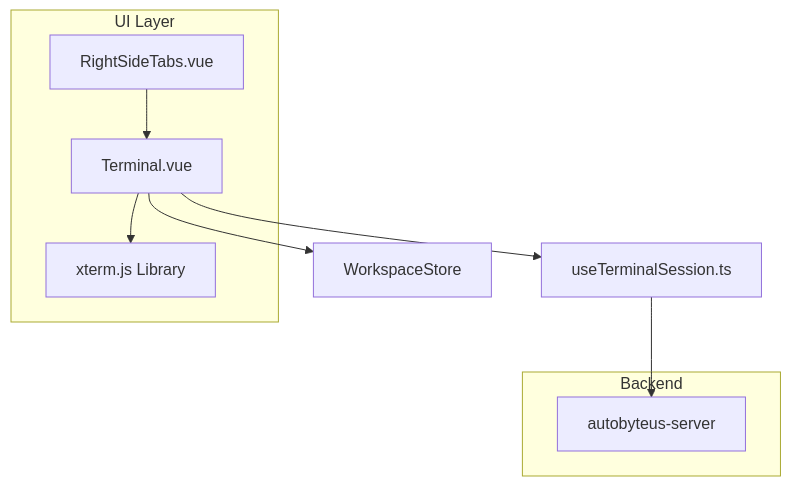
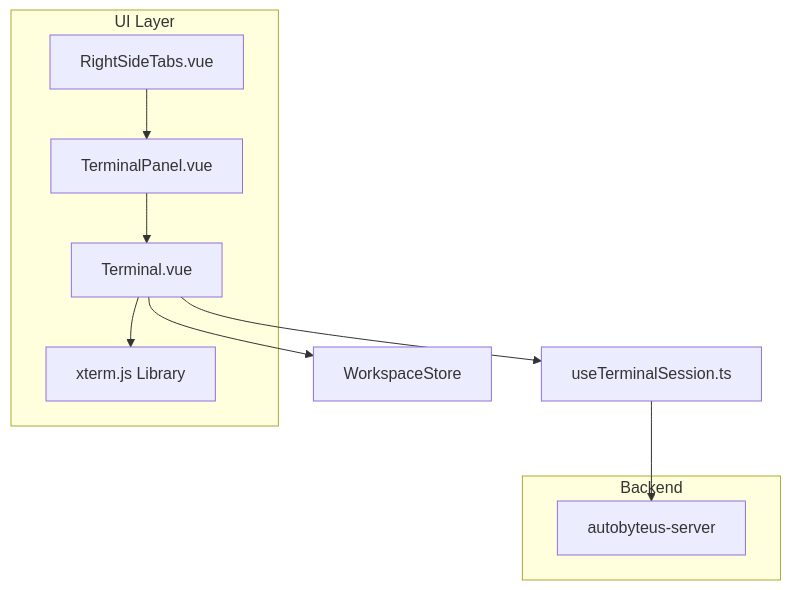
One commit to AutoByteus/autobyteus-workspace changed the first of 2 diagrams in autobyteus-web/docs/terminal.md. Above: the diagram before and after it, drawn with Mermaid. The commit also changed other lines of this file and 20 other files, not shown here.

````diff
--- a/autobyteus-web/docs/terminal.md
+++ b/autobyteus-web/docs/terminal.md
@@ -34,18 +37,20 @@
 ```mermaid
 flowchart TD
     subgraph "UI Layer"
         RightSideTabs[RightSideTabs.vue]
+        TerminalPanel[TerminalPanel.vue]
         Terminal[Terminal.vue]
         XTerm[xterm.js Library]
     end
 
     subgraph "Backend"
         Server[autobyteus-server]
     end
 
-    RightSideTabs --> Terminal
+    RightSideTabs --> TerminalPanel
+    TerminalPanel --> Terminal
     Terminal --> XTerm
     Terminal --> WorkspaceStore
     Terminal --> TerminalSession[useTerminalSession.ts]
     TerminalSession --> Server
 ```
````
